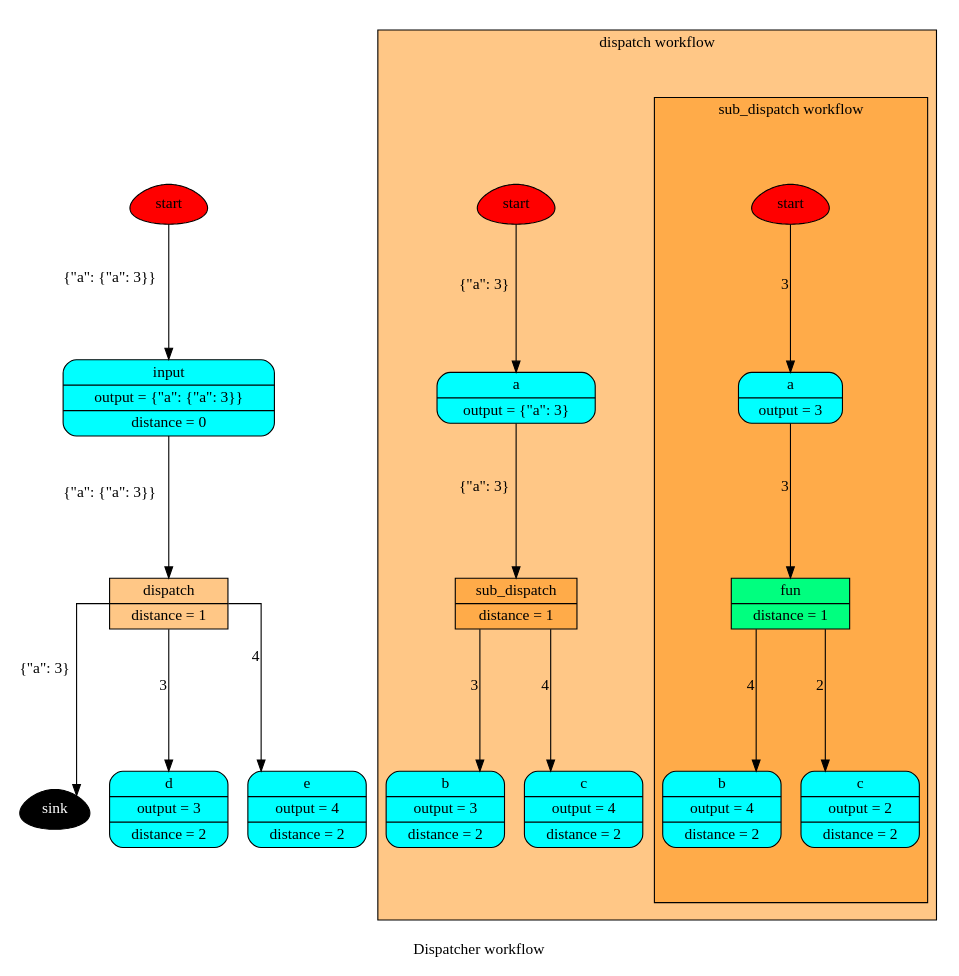
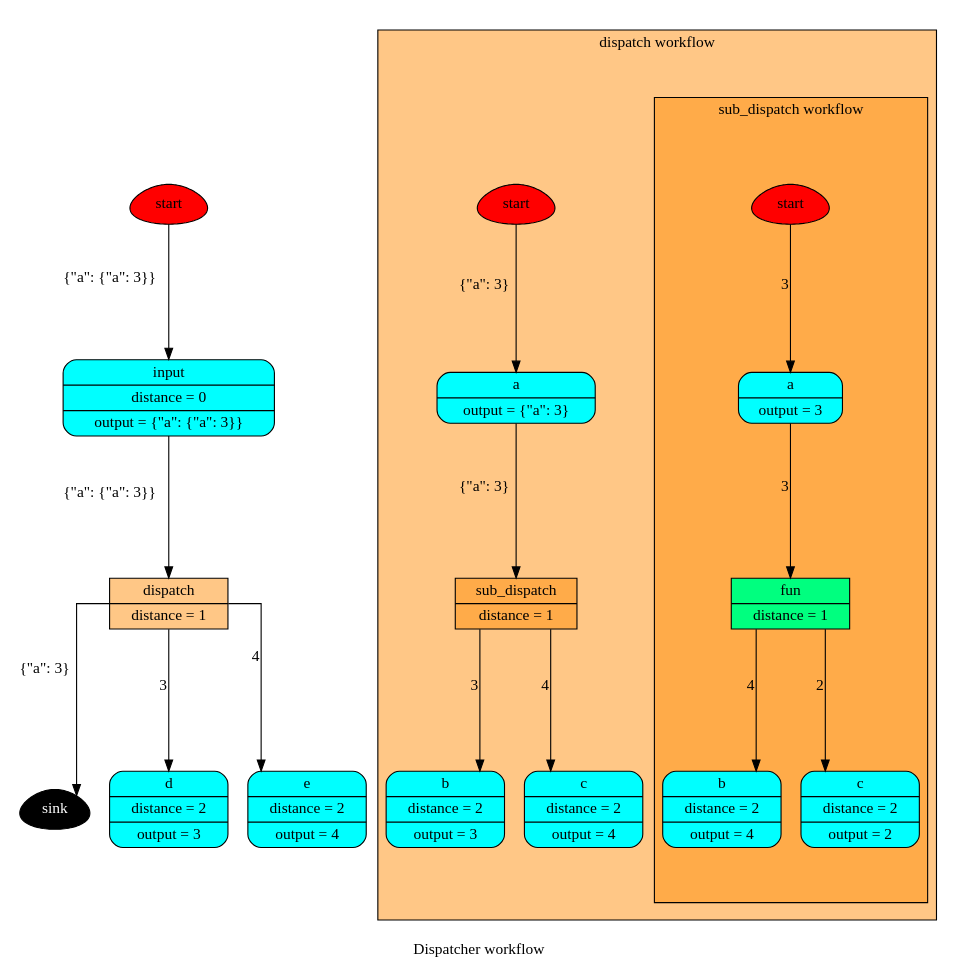
One commit to vinci1it2000/schedula changed the diagram in doc/source/dispatcher/draw/wf.dot. Above: the diagram before and after it, drawn with Graphviz. The commit also changed 26 other files, not shown here.

```diff
--- a/doc/source/dispatcher/draw/wf.dot
+++ b/doc/source/dispatcher/draw/wf.dot
@@ -1,47 +1,47 @@
 digraph Dispatcher {
 	graph [ratio=1]
 	node [style=filled]
+	label = "Dispatcher workflow"
 	splines = ortho
-	label = "Dispatcher workflow"
-		Dispatcher_4373696824 [label=start fillcolor=red shape=egg]
-		Dispatcher_5255562550797474752 [label="{ input | output = \{&quot;a&quot;: \{&quot;a&quot;: 3\}\} | distance = 0 }" fillcolor=cyan shape=Mrecord]
-		Dispatcher_4373697064 [label=sink fillcolor=black fontcolor=white shape=egg]
-		"Dispatcher_-6866225254170713515" [label="{ d | output = 3 | distance = 2 }" fillcolor=cyan shape=Mrecord]
-		"Dispatcher_-4445111242917612282" [label="{ e | output = 4 | distance = 2 }" fillcolor=cyan shape=Mrecord]
-		subgraph cluster_Dispatcher_5972162447784690055 {
+		Dispatcher_4373721400 [label=start fillcolor=red shape=egg]
+		Dispatcher_4373721640 [label=sink fillcolor=black fontcolor=white shape=egg]
+		Dispatcher_4028652557604299651 [label="{ d | distance = 2 | output = 3 }" fillcolor=cyan shape=Mrecord]
+		Dispatcher_7557171371259190550 [label="{ input | distance = 0 | output = \{&quot;a&quot;: \{&quot;a&quot;: 3\}\} }" fillcolor=cyan shape=Mrecord]
+		subgraph cluster_Dispatcher_4822150897815753991 {
 		style=filled
 		fillcolor="#FF8F0F80"
 		label="dispatch workflow"
 		comment="dispatch"
-			cluster_Dispatcher_5972162447784690055_4373696824 [label=start fillcolor=red shape=egg]
-			"cluster_Dispatcher_5972162447784690055_-427784935824896063" [label="{ b | output = 3 | distance = 2 }" fillcolor=cyan shape=Mrecord]
-			"cluster_Dispatcher_5972162447784690055_-3574468403947108869" [label="{ a | output = \{&quot;a&quot;: 3\} }" fillcolor=cyan shape=Mrecord]
-			cluster_Dispatcher_5972162447784690055_5626300579074633926 [label="{ c | output = 4 | distance = 2 }" fillcolor=cyan shape=Mrecord]
-			subgraph cluster_cluster_Dispatcher_5972162447784690055_1230552710439048959 {
+			cluster_Dispatcher_4822150897815753991_4373721400 [label=start fillcolor=red shape=egg]
+			subgraph cluster_cluster_Dispatcher_4822150897815753991_2566601143118513840 {
 			style=filled
 			fillcolor="#FF8F0F80"
 			label="sub_dispatch workflow"
 			comment="sub_dispatch"
-				cluster_cluster_Dispatcher_5972162447784690055_1230552710439048959_4373696824 [label=start fillcolor=red shape=egg]
-				"cluster_cluster_Dispatcher_5972162447784690055_1230552710439048959_-427784935824896063" [label="{ b | output = 4 | distance = 2 }" fillcolor=cyan shape=Mrecord]
-				"cluster_cluster_Dispatcher_5972162447784690055_1230552710439048959_-7347851849232076638" [label="{ fun | distance = 1 }" fillcolor=springgreen shape=record]
-				"cluster_cluster_Dispatcher_5972162447784690055_1230552710439048959_-3574468403947108869" [label="{ a | output = 3 }" fillcolor=cyan shape=Mrecord]
-				cluster_cluster_Dispatcher_5972162447784690055_1230552710439048959_5626300579074633926 [label="{ c | output = 2 | distance = 2 }" fillcolor=cyan shape=Mrecord]
-					cluster_cluster_Dispatcher_5972162447784690055_1230552710439048959_4373696824 -> "cluster_cluster_Dispatcher_5972162447784690055_1230552710439048959_-3574468403947108869" [xlabel=3]
-					"cluster_cluster_Dispatcher_5972162447784690055_1230552710439048959_-7347851849232076638" -> "cluster_cluster_Dispatcher_5972162447784690055_1230552710439048959_-427784935824896063" [xlabel=4]
-					"cluster_cluster_Dispatcher_5972162447784690055_1230552710439048959_-7347851849232076638" -> cluster_cluster_Dispatcher_5972162447784690055_1230552710439048959_5626300579074633926 [xlabel=2]
-					"cluster_cluster_Dispatcher_5972162447784690055_1230552710439048959_-3574468403947108869" -> "cluster_cluster_Dispatcher_5972162447784690055_1230552710439048959_-7347851849232076638" [xlabel=3]
+				cluster_cluster_Dispatcher_4822150897815753991_2566601143118513840_4373721400 [label=start fillcolor=red shape=egg]
+				cluster_cluster_Dispatcher_4822150897815753991_2566601143118513840_4945678531994257712 [label="{ fun | distance = 1 }" fillcolor=springgreen shape=record]
+				"cluster_cluster_Dispatcher_4822150897815753991_2566601143118513840_-8503278920192876870" [label="{ a | output = 3 }" fillcolor=cyan shape=Mrecord]
+				"cluster_cluster_Dispatcher_4822150897815753991_2566601143118513840_-3117625956851900853" [label="{ b | distance = 2 | output = 4 }" fillcolor=cyan shape=Mrecord]
+				"cluster_cluster_Dispatcher_4822150897815753991_2566601143118513840_-1739731674132073175" [label="{ c | distance = 2 | output = 2 }" fillcolor=cyan shape=Mrecord]
+					cluster_cluster_Dispatcher_4822150897815753991_2566601143118513840_4373721400 -> "cluster_cluster_Dispatcher_4822150897815753991_2566601143118513840_-8503278920192876870" [xlabel=3]
+					cluster_cluster_Dispatcher_4822150897815753991_2566601143118513840_4945678531994257712 -> "cluster_cluster_Dispatcher_4822150897815753991_2566601143118513840_-1739731674132073175" [xlabel=2]
+					cluster_cluster_Dispatcher_4822150897815753991_2566601143118513840_4945678531994257712 -> "cluster_cluster_Dispatcher_4822150897815753991_2566601143118513840_-3117625956851900853" [xlabel=4]
+					"cluster_cluster_Dispatcher_4822150897815753991_2566601143118513840_-8503278920192876870" -> cluster_cluster_Dispatcher_4822150897815753991_2566601143118513840_4945678531994257712 [xlabel=3]
 			}
-			cluster_Dispatcher_5972162447784690055_1230552710439048959 [label="{ sub_dispatch | distance = 1 }" fillcolor="#FF8F0F80" shape=record]
-				cluster_Dispatcher_5972162447784690055_4373696824 -> "cluster_Dispatcher_5972162447784690055_-3574468403947108869" [xlabel="\{&quot;a&quot;: 3\}"]
-				"cluster_Dispatcher_5972162447784690055_-3574468403947108869" -> cluster_Dispatcher_5972162447784690055_1230552710439048959 [xlabel="\{&quot;a&quot;: 3\}"]
-				cluster_Dispatcher_5972162447784690055_1230552710439048959 -> "cluster_Dispatcher_5972162447784690055_-427784935824896063" [xlabel=3]
-				cluster_Dispatcher_5972162447784690055_1230552710439048959 -> cluster_Dispatcher_5972162447784690055_5626300579074633926 [xlabel=4]
+			cluster_Dispatcher_4822150897815753991_2566601143118513840 [label="{ sub_dispatch | distance = 1 }" fillcolor="#FF8F0F80" shape=record]
+			"cluster_Dispatcher_4822150897815753991_-8503278920192876870" [label="{ a | output = \{&quot;a&quot;: 3\} }" fillcolor=cyan shape=Mrecord]
+			"cluster_Dispatcher_4822150897815753991_-3117625956851900853" [label="{ b | distance = 2 | output = 3 }" fillcolor=cyan shape=Mrecord]
+			"cluster_Dispatcher_4822150897815753991_-1739731674132073175" [label="{ c | distance = 2 | output = 4 }" fillcolor=cyan shape=Mrecord]
+				cluster_Dispatcher_4822150897815753991_4373721400 -> "cluster_Dispatcher_4822150897815753991_-8503278920192876870" [xlabel="\{&quot;a&quot;: 3\}"]
+				cluster_Dispatcher_4822150897815753991_2566601143118513840 -> "cluster_Dispatcher_4822150897815753991_-1739731674132073175" [xlabel=4]
+				cluster_Dispatcher_4822150897815753991_2566601143118513840 -> "cluster_Dispatcher_4822150897815753991_-3117625956851900853" [xlabel=3]
+				"cluster_Dispatcher_4822150897815753991_-8503278920192876870" -> cluster_Dispatcher_4822150897815753991_2566601143118513840 [xlabel="\{&quot;a&quot;: 3\}"]
 		}
-		Dispatcher_5972162447784690055 [label="{ dispatch | distance = 1 }" fillcolor="#FF8F0F80" shape=record]
-			Dispatcher_5255562550797474752 -> Dispatcher_5972162447784690055 [xlabel="\{&quot;a&quot;: \{&quot;a&quot;: 3\}\}"]
-			Dispatcher_5972162447784690055 -> Dispatcher_4373697064 [xlabel="\{&quot;a&quot;: 3\}"]
-			Dispatcher_5972162447784690055 -> "Dispatcher_-6866225254170713515" [xlabel=3]
-			Dispatcher_5972162447784690055 -> "Dispatcher_-4445111242917612282" [xlabel=4]
-			Dispatcher_4373696824 -> Dispatcher_5255562550797474752 [xlabel="\{&quot;a&quot;: \{&quot;a&quot;: 3\}\}"]
+		Dispatcher_4822150897815753991 [label="{ dispatch | distance = 1 }" fillcolor="#FF8F0F80" shape=record]
+		"Dispatcher_-6116169728861687157" [label="{ e | distance = 2 | output = 4 }" fillcolor=cyan shape=Mrecord]
+			Dispatcher_7557171371259190550 -> Dispatcher_4822150897815753991 [xlabel="\{&quot;a&quot;: \{&quot;a&quot;: 3\}\}"]
+			Dispatcher_4822150897815753991 -> Dispatcher_4373721640 [xlabel="\{&quot;a&quot;: 3\}"]
+			Dispatcher_4822150897815753991 -> Dispatcher_4028652557604299651 [xlabel=3]
+			Dispatcher_4822150897815753991 -> "Dispatcher_-6116169728861687157" [xlabel=4]
+			Dispatcher_4373721400 -> Dispatcher_7557171371259190550 [xlabel="\{&quot;a&quot;: \{&quot;a&quot;: 3\}\}"]
 }
```
